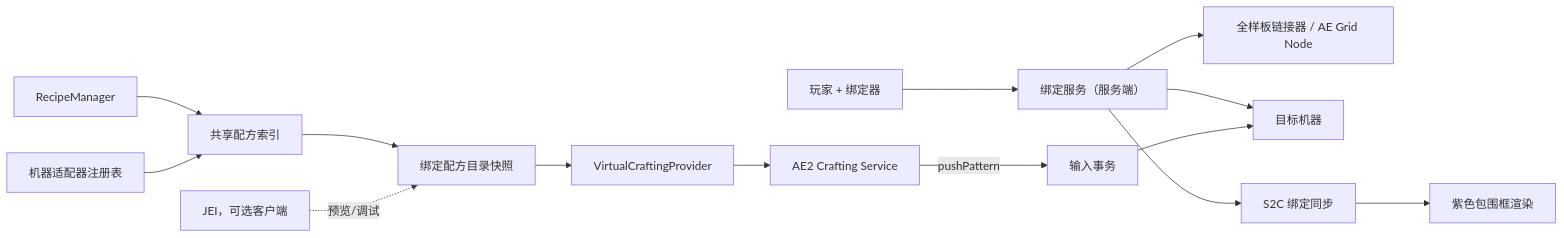
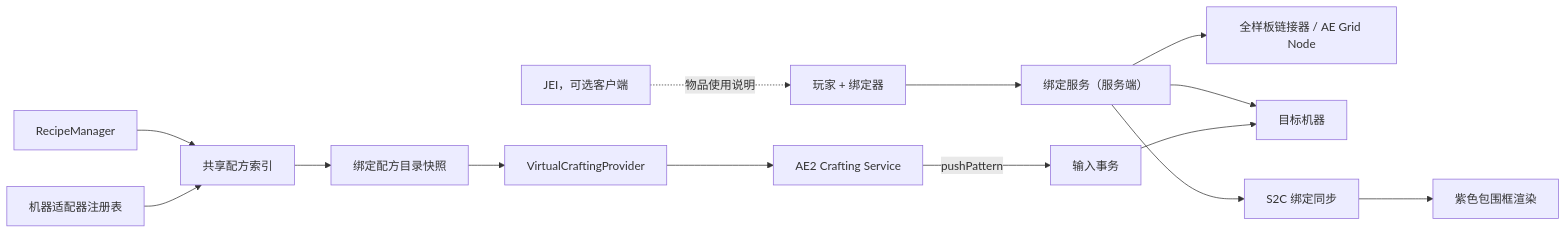
One commit to Fodoth-jinzi89/ae-all-pattern changed the diagram in docs/architecture/overview.md. Above: the diagram before and after it, drawn with Mermaid. The commit also changed other lines of this file and 81 other files, not shown here.

````diff
--- a/docs/architecture/overview.md
+++ b/docs/architecture/overview.md
@@ -3,16 +3,16 @@
 ```mermaid
 flowchart LR
     P["玩家 + 绑定器"] --> B["绑定服务（服务端）"]
     B --> L["全样板链接器 / AE Grid Node"]
     B --> M["目标机器"]
     RM["RecipeManager"] --> IDX["共享配方索引"]
     AD["机器适配器注册表"] --> IDX
     IDX --> CAT["绑定配方目录快照"]
     CAT --> VP["VirtualCraftingProvider"]
     VP --> AE["AE2 Crafting Service"]
     AE -->|pushPattern| TX["输入事务"]
     TX --> M
     B --> SYNC["S2C 绑定同步"]
     SYNC --> R["紫色包围框渲染"]
-    JEI["JEI，可选客户端"] -.预览/调试.-> CAT
+    JEI["JEI，可选客户端"] -.物品使用说明.-> P
 ```
````
